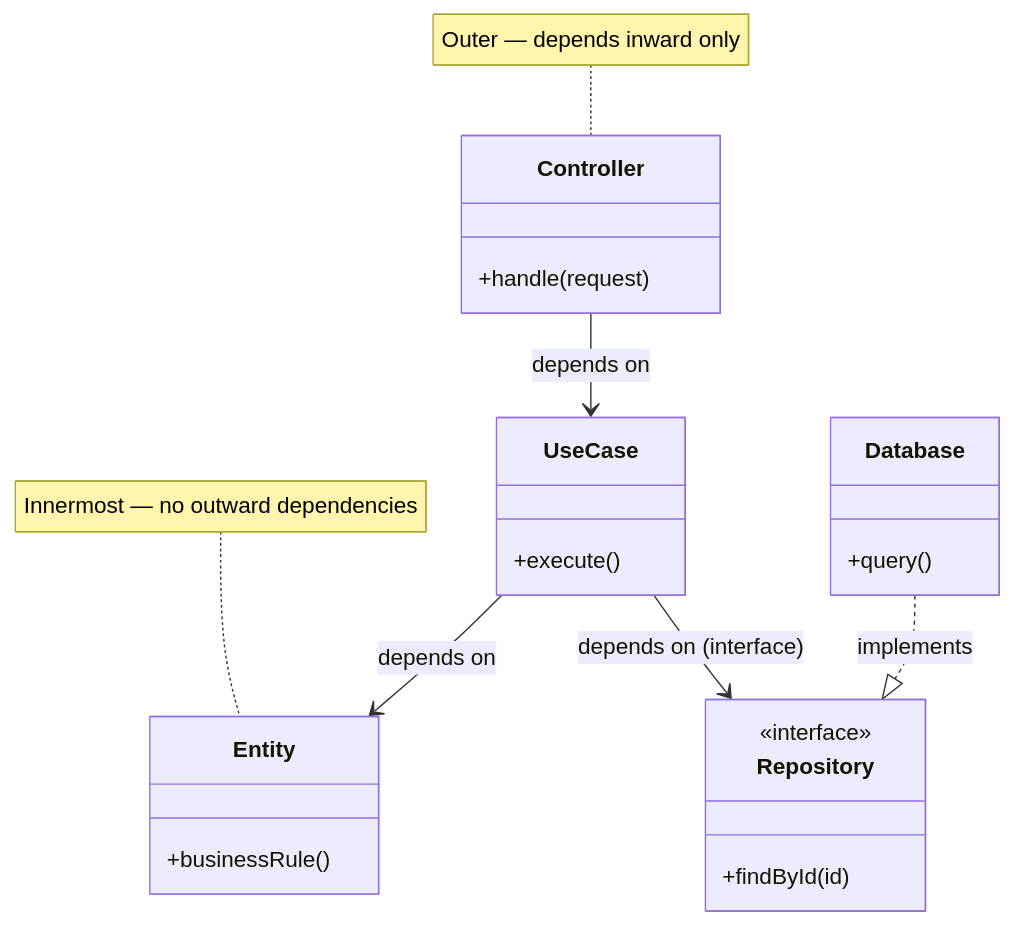
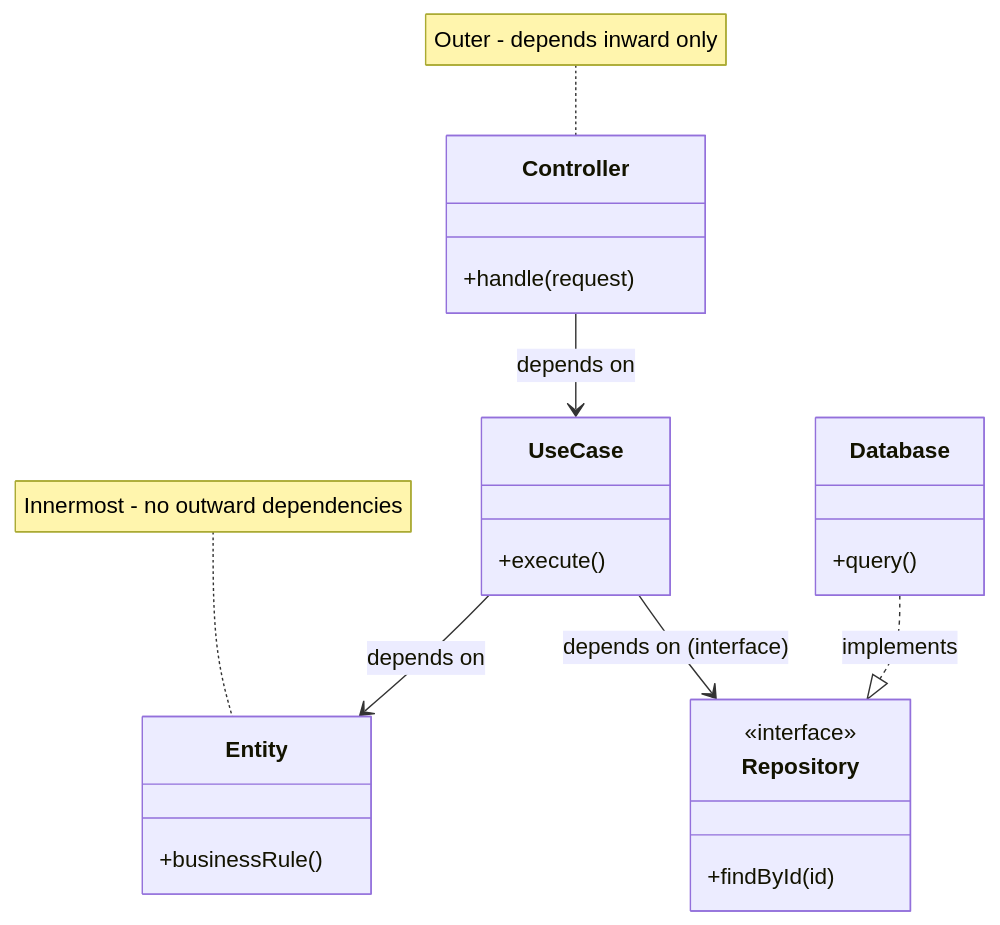
One commit to dot-principles/dot-principles changed the first of 2 diagrams in .agents/principles-catalog/principles/clean-arch/.context-prime.md. Above: the diagram before and after it, drawn with Mermaid. The commit also changed other lines of this file and 627 other files, not shown here.

````diff
--- a/.agents/principles-catalog/principles/clean-arch/.context-prime.md
+++ b/.agents/principles-catalog/principles/clean-arch/.context-prime.md
@@ -29,25 +29,25 @@
 ```mermaid
 classDiagram
     class Entity {
         +businessRule()
     }
     class UseCase {
         +execute()
     }
     class Controller {
         +handle(request)
     }
     class Database {
         +query()
     }
     class Repository {
         <<interface>>
         +findById(id)
     }
     Controller --> UseCase : depends on
     UseCase --> Entity : depends on
     UseCase --> Repository : depends on (interface)
     Database ..|> Repository : implements
-    note for Entity "Innermost — no outward dependencies"
-    note for Controller "Outer — depends inward only"
+    note for Entity "Innermost - no outward dependencies"
+    note for Controller "Outer - depends inward only"
 ```
````
